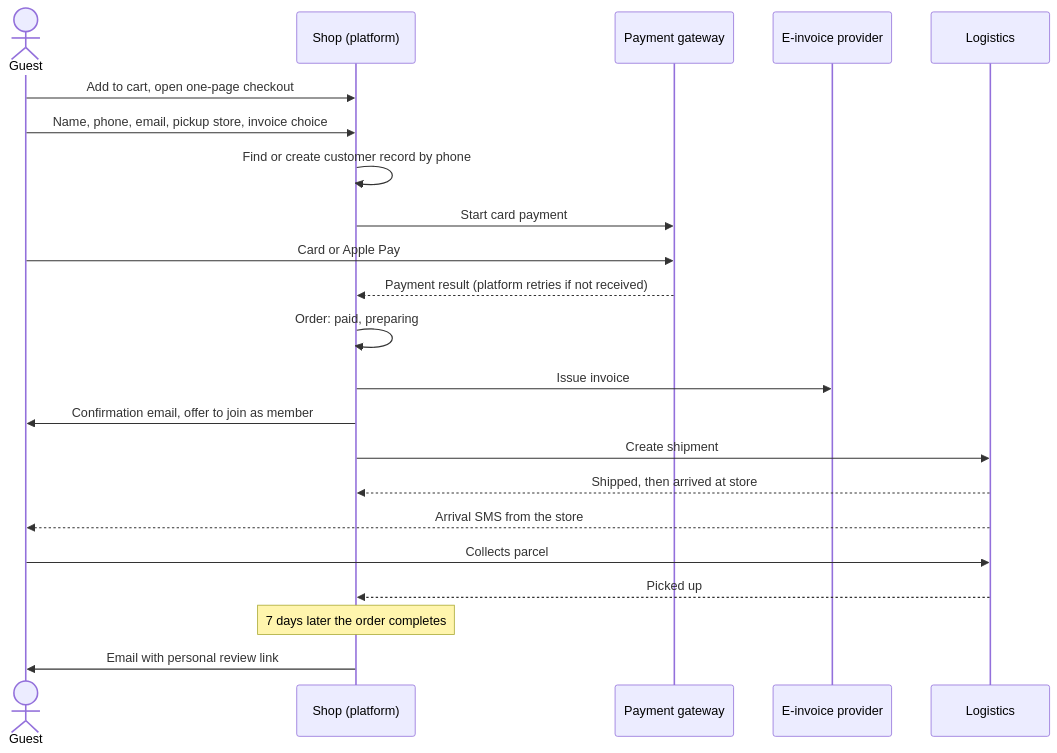
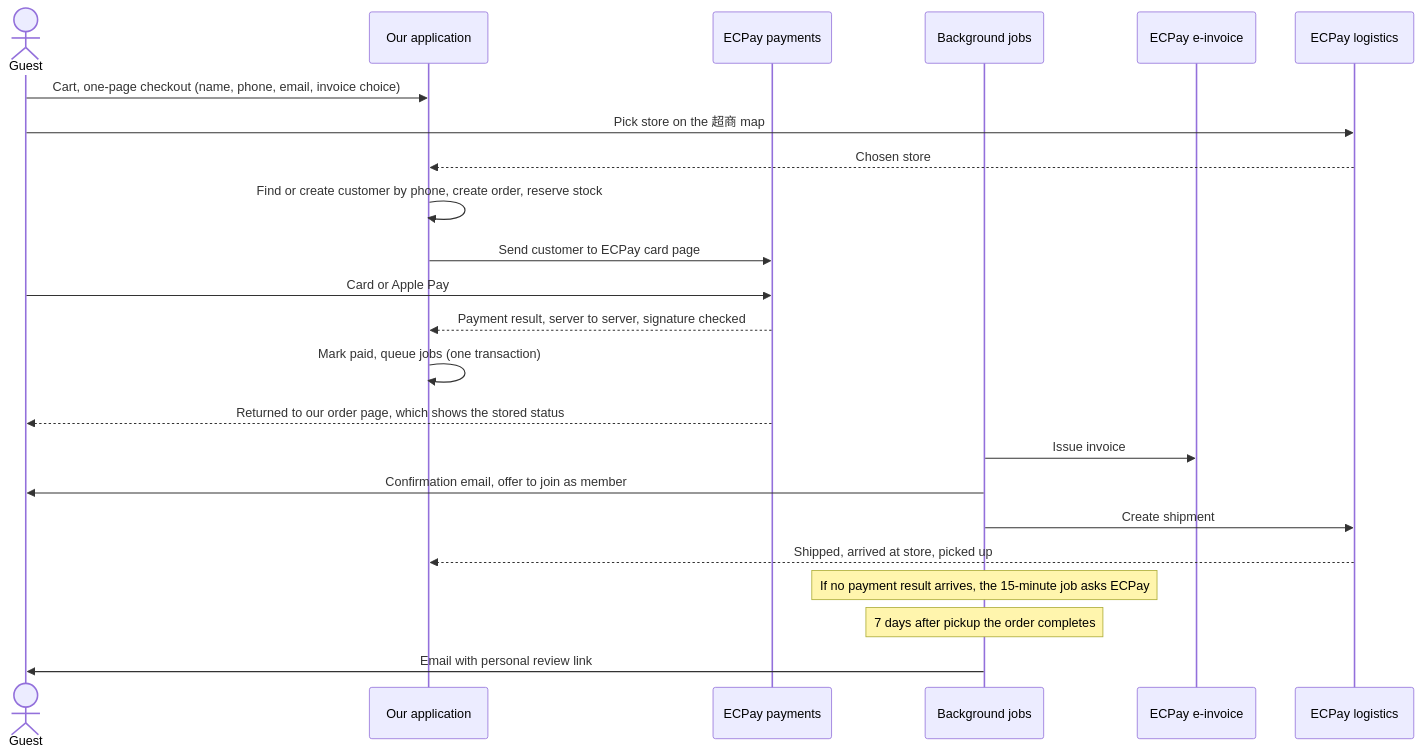
The second of 5 diagrams in docs/payment-system-design.md (averyhsu/dr-wellsey-site), drawn with Mermaid before and after one commit. The commit also changed other lines of this file, not shown here.

First line of the commit message:
Revise design for a custom-built system instead of a hosted platform

````diff
--- a/docs/payment-system-design.md
+++ b/docs/payment-system-design.md
@@ -217,24 +302,25 @@
 ```mermaid
 sequenceDiagram
     actor G as Guest
-    participant S as Shop (platform)
-    participant P as Payment gateway
-    participant I as E-invoice provider
-    participant X as Logistics
-    G->>S: Add to cart, open one-page checkout
-    G->>S: Name, phone, email, pickup store, invoice choice
-    S->>S: Find or create customer record by phone
-    S->>P: Start card payment
+    participant A as Our application
+    participant P as ECPay payments
+    participant J as Background jobs
+    participant I as ECPay e-invoice
+    participant X as ECPay logistics
+    G->>A: Cart, one-page checkout (name, phone, email, invoice choice)
+    G->>X: Pick store on the 超商 map
+    X-->>A: Chosen store
+    A->>A: Find or create customer by phone, create order, reserve stock
+    A->>P: Send customer to ECPay card page
     G->>P: Card or Apple Pay
-    P-->>S: Payment result (platform retries if not received)
-    S->>S: Order: paid, preparing
-    S->>I: Issue invoice
-    S->>G: Confirmation email, offer to join as member
-    S->>X: Create shipment
-    X-->>S: Shipped, then arrived at store
-    X-->>G: Arrival SMS from the store
-    G->>X: Collects parcel
-    X-->>S: Picked up
-    Note over S: 7 days later the order completes
-    S->>G: Email with personal review link
+    P-->>A: Payment result, server to server, signature checked
+    A->>A: Mark paid, queue jobs (one transaction)
+    P-->>G: Returned to our order page, which shows the stored status
+    J->>I: Issue invoice
+    J->>G: Confirmation email, offer to join as member
+    J->>X: Create shipment
+    X-->>A: Shipped, arrived at store, picked up
+    Note over J: If no payment result arrives, the 15-minute job asks ECPay
+    Note over J: 7 days after pickup the order completes
+    J->>G: Email with personal review link
 ```
````
